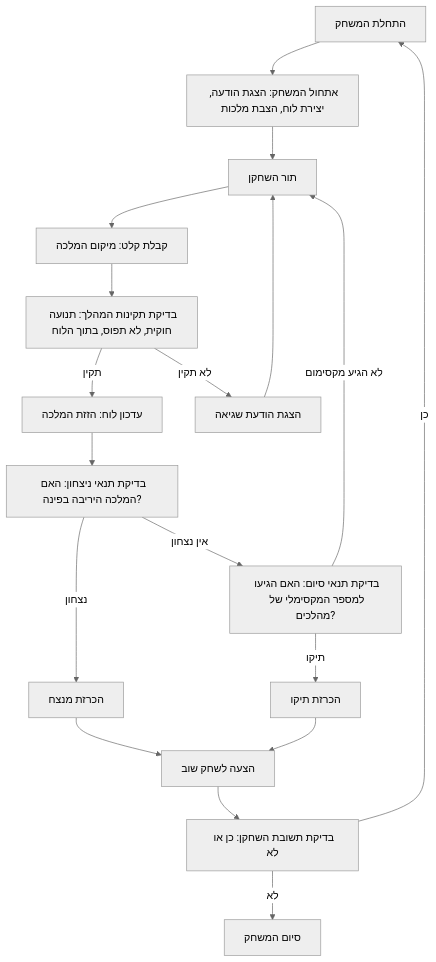
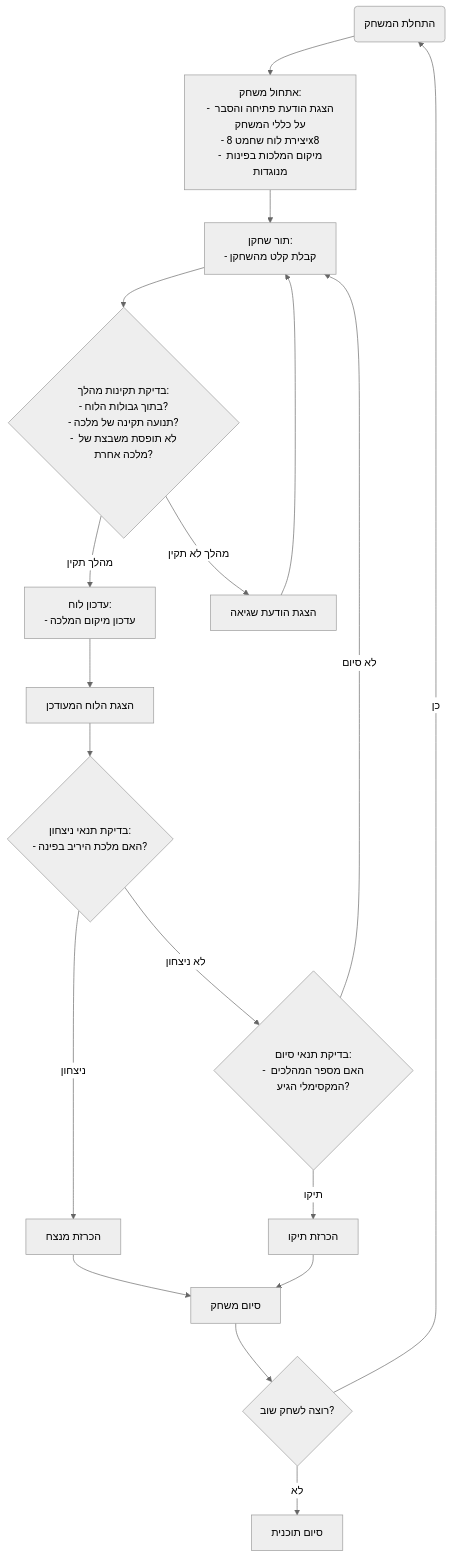
One commit to hypo69/hypo changed the diagram in docs/gemini/he/explainer/src/endpoints/ai_games/101_basic_computer_games/ru/rules/73_queen.ru.md.md. Above: the diagram before and after it, drawn with Mermaid (neutral theme). The commit also changed other lines of this file and 885 other files, not shown here.

````diff
--- a/docs/gemini/he/explainer/src/endpoints/ai_games/101_basic_computer_games/ru/rules/73_queen.ru.md.md
+++ b/docs/gemini/he/explainer/src/endpoints/ai_games/101_basic_computer_games/ru/rules/73_queen.ru.md.md
@@ -40,21 +37,20 @@
 ```mermaid
 flowchart TD
-    Start[התחלת המשחק] --> Init[אתחול המשחק: הצגת הודעה, יצירת לוח, הצבת מלכות]
-    Init --> PlayerTurn[תור השחקן]
-    PlayerTurn --> GetMove[קבלת קלט: מיקום המלכה]
-    GetMove --> ValidateMove[בדיקת תקינות המהלך: תנועה חוקית, לא תפוס, בתוך הלוח]
-    ValidateMove -- תקין --> UpdateBoard[עדכון לוח: הזזת המלכה]
-    ValidateMove -- לא תקין --> ErrorMessage[הצגת הודעת שגיאה]
-    ErrorMessage --> PlayerTurn
-    UpdateBoard --> CheckWin[בדיקת תנאי ניצחון: האם המלכה היריבה בפינה?]
-    CheckWin -- נצחון --> EndGameWin[הכרזת מנצח]
-    CheckWin -- אין נצחון --> CheckMaxMoves[בדיקת תנאי סיום: האם הגיעו למספר המקסימלי של מהלכים?]
-    CheckMaxMoves -- תיקו --> EndGameDraw[הכרזת תיקו]
-    CheckMaxMoves -- לא הגיע מקסימום --> PlayerTurn
-    EndGameWin --> PlayAgain[הצעה לשחק שוב]
-    EndGameDraw --> PlayAgain
-    PlayAgain --> CheckPlayAgain[בדיקת תשובת השחקן: כן או לא]
-    CheckPlayAgain -- כן --> Start
-    CheckPlayAgain -- לא --> End[סיום המשחק]
-
+    Start(התחלת המשחק) --> Initialize[אתחול משחק:<br>- הצגת הודעת פתיחה והסבר על כללי המשחק<br>- יצירת לוח שחמט 8x8<br>- מיקום המלכות בפינות מנוגדות]
+    Initialize --> PlayerTurn[תור שחקן:<br>- קבלת קלט מהשחקן]
+    PlayerTurn --> ValidateMove{בדיקת תקינות מהלך:<br>- בתוך גבולות הלוח?<br>- תנועה תקינה של מלכה?<br>- לא תופסת משבצת של מלכה אחרת?}
+    ValidateMove -- מהלך תקין --> UpdateBoard[עדכון לוח:<br>- עדכון מיקום המלכה]
+    UpdateBoard --> DisplayBoard[הצגת הלוח המעודכן]
+    ValidateMove -- מהלך לא תקין --> InvalidMoveMessage[הצגת הודעת שגיאה]
+    InvalidMoveMessage --> PlayerTurn
+    DisplayBoard --> CheckWinCondition{בדיקת תנאי ניצחון:<br>- האם מלכת היריב בפינה?}
+    CheckWinCondition -- ניצחון --> DeclareWinner[הכרזת מנצח]
+    DeclareWinner --> EndGame[סיום משחק]
+    CheckWinCondition -- לא ניצחון --> CheckEndCondition{בדיקת תנאי סיום:<br>- האם מספר המהלכים המקסימלי הגיע?}
+    CheckEndCondition -- תיקו --> DeclareDraw[הכרזת תיקו]
+    DeclareDraw --> EndGame
+    CheckEndCondition -- לא סיום --> PlayerTurn
+    EndGame --> PlayAgain{רוצה לשחק שוב?}
+    PlayAgain -- כן --> Start
+    PlayAgain -- לא --> Exit[סיום תוכנית]
 ```
````
